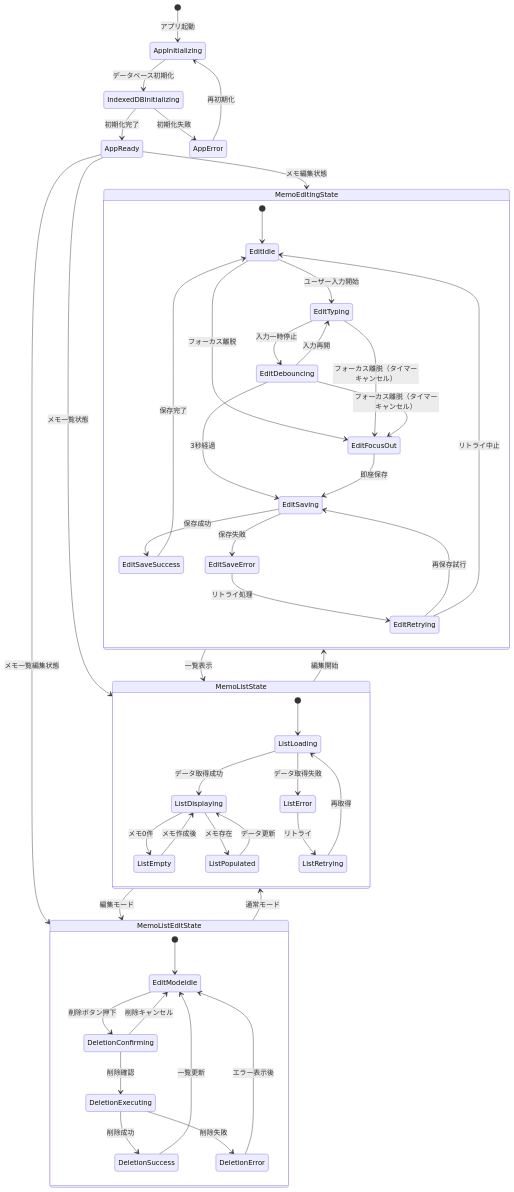
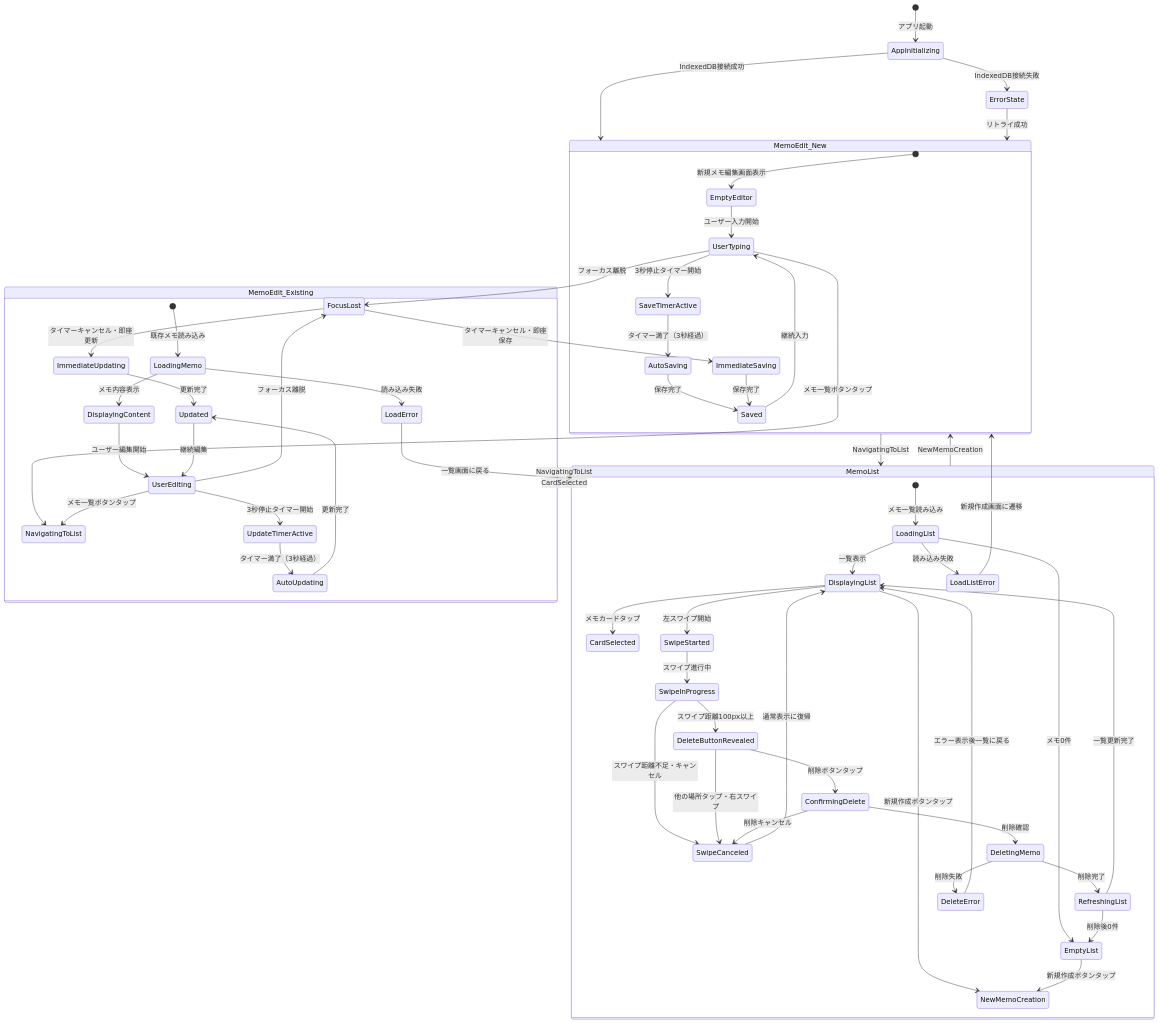
Before and after one commit to KajiyaManzou/ai-MyNotes: the first of 6 diagrams in stateTransition.md, drawn with Mermaid. The commit also changed other lines of this file and 4 other files, not shown here.

````diff
--- a/stateTransition.md
+++ b/stateTransition.md
@@ -5,61 +5,77 @@
 ```mermaid
 stateDiagram-v2
     [*] --> AppInitializing : アプリ起動
     
-    AppInitializing --> IndexedDBInitializing : データベース初期化
-    IndexedDBInitializing --> AppReady : 初期化完了
-    IndexedDBInitializing --> AppError : 初期化失敗
+    AppInitializing --> MemoEdit_New : IndexedDB接続成功
+    AppInitializing --> ErrorState : IndexedDB接続失敗
     
-    AppReady --> MemoEditingState : メモ編集状態
-    AppReady --> MemoListState : メモ一覧状態
-    AppReady --> MemoListEditState : メモ一覧編集状態
-    
-    MemoEditingState --> MemoListState : 一覧表示
-    MemoListState --> MemoEditingState : 編集開始
-    MemoListState --> MemoListEditState : 編集モード
-    MemoListEditState --> MemoListState : 通常モード
-    
-    AppError --> AppInitializing : 再初期化
-    
-    state MemoEditingState {
-        [*] --> EditIdle
-        EditIdle --> EditTyping : ユーザー入力開始
-        EditTyping --> EditDebouncing : 入力一時停止
-        EditDebouncing --> EditSaving : 3秒経過
-        EditDebouncing --> EditTyping : 入力再開
-        EditSaving --> EditSaveSuccess : 保存成功
-        EditSaving --> EditSaveError : 保存失敗
-        EditSaveSuccess --> EditIdle : 保存完了
-        EditSaveError --> EditRetrying : リトライ処理
-        EditRetrying --> EditSaving : 再保存試行
-        EditRetrying --> EditIdle : リトライ中止
-        
-        EditIdle --> EditFocusOut : フォーカス離脱
-        EditFocusOut --> EditSaving : 即座保存
-        EditTyping --> EditFocusOut : フォーカス離脱（タイマーキャンセル）
-        EditDebouncing --> EditFocusOut : フォーカス離脱（タイマーキャンセル）
+    state MemoEdit_New {
+        [*] --> EmptyEditor : 新規メモ編集画面表示
+        EmptyEditor --> UserTyping : ユーザー入力開始
+        UserTyping --> SaveTimerActive : 3秒停止タイマー開始
+        UserTyping --> FocusLost : フォーカス離脱
+        SaveTimerActive --> AutoSaving : タイマー満了（3秒経過）
+        FocusLost --> ImmediateSaving : タイマーキャンセル・即座保存
+        AutoSaving --> Saved : 保存完了
+        ImmediateSaving --> Saved : 保存完了
+        Saved --> UserTyping : 継続入力
+        UserTyping --> NavigatingToList : メモ一覧ボタンタップ
     }
     
-    state MemoListState {
-        [*] --> ListLoading
-        ListLoading --> ListDisplaying : データ取得成功
-        ListLoading --> ListError : データ取得失敗
-        ListDisplaying --> ListEmpty : メモ0件
-        ListDisplaying --> ListPopulated : メモ存在
-        ListError --> ListRetrying : リトライ
-        ListRetrying --> ListLoading : 再取得
-        ListEmpty --> ListDisplaying : メモ作成後
-        ListPopulated --> ListDisplaying : データ更新
+    state MemoEdit_Existing {
+        [*] --> LoadingMemo : 既存メモ読み込み
+        LoadingMemo --> DisplayingContent : メモ内容表示
+        LoadingMemo --> LoadError : 読み込み失敗
+        DisplayingContent --> UserEditing : ユーザー編集開始
+        UserEditing --> UpdateTimerActive : 3秒停止タイマー開始
+        UserEditing --> FocusLost : フォーカス離脱
+        UpdateTimerActive --> AutoUpdating : タイマー満了（3秒経過）
+        FocusLost --> ImmediateUpdating : タイマーキャンセル・即座更新
+        AutoUpdating --> Updated : 更新完了
+        ImmediateUpdating --> Updated : 更新完了
+        Updated --> UserEditing : 継続編集
+        UserEditing --> NavigatingToList : メモ一覧ボタンタップ
     }
     
-    state MemoListEditState {
-        [*] --> EditModeIdle
-        EditModeIdle --> DeletionConfirming : 削除ボタン押下
-        DeletionConfirming --> DeletionExecuting : 削除確認
-        DeletionConfirming --> EditModeIdle : 削除キャンセル
-        DeletionExecuting --> DeletionSuccess : 削除成功
-        DeletionExecuting --> DeletionError : 削除失敗
-        DeletionSuccess --> EditModeIdle : 一覧更新
-        DeletionError --> EditModeIdle : エラー表示後
+    state MemoList {
+        [*] --> LoadingList : メモ一覧読み込み
+        LoadingList --> DisplayingList : 一覧表示
+        LoadingList --> EmptyList : メモ0件
+        LoadingList --> LoadListError : 読み込み失敗
+        
+        DisplayingList --> CardSelected : メモカードタップ
+        DisplayingList --> SwipeStarted : 左スワイプ開始
+        DisplayingList --> NewMemoCreation : 新規作成ボタンタップ
+        
+        EmptyList --> NewMemoCreation : 新規作成ボタンタップ
+        
+        SwipeStarted --> SwipeInProgress : スワイプ進行中
+        SwipeInProgress --> SwipeCanceled : スワイプ距離不足・キャンセル
+        SwipeInProgress --> DeleteButtonRevealed : スワイプ距離100px以上
+        SwipeCanceled --> DisplayingList : 通常表示に復帰
+        
+        DeleteButtonRevealed --> ConfirmingDelete : 削除ボタンタップ
+        DeleteButtonRevealed --> SwipeCanceled : 他の場所タップ・右スワイプ
+        
+        ConfirmingDelete --> DeletingMemo : 削除確認
+        ConfirmingDelete --> SwipeCanceled : 削除キャンセル
+        
+        DeletingMemo --> RefreshingList : 削除完了
+        DeletingMemo --> DeleteError : 削除失敗
+        
+        RefreshingList --> DisplayingList : 一覧更新完了
+        RefreshingList --> EmptyList : 削除後0件
     }
+    
+    %% 画面間遷移
+    MemoEdit_New --> MemoList : NavigatingToList
+    MemoEdit_Existing --> MemoList : NavigatingToList
+    MemoList --> MemoEdit_New : NewMemoCreation
+    MemoList --> MemoEdit_Existing : CardSelected
+    
+    %% エラー状態からの復旧
+    ErrorState --> MemoEdit_New : リトライ成功
+    LoadError --> MemoList : 一覧画面に戻る
+    LoadListError --> MemoEdit_New : 新規作成画面に遷移
+    DeleteError --> DisplayingList : エラー表示後一覧に戻る
 ```
````
